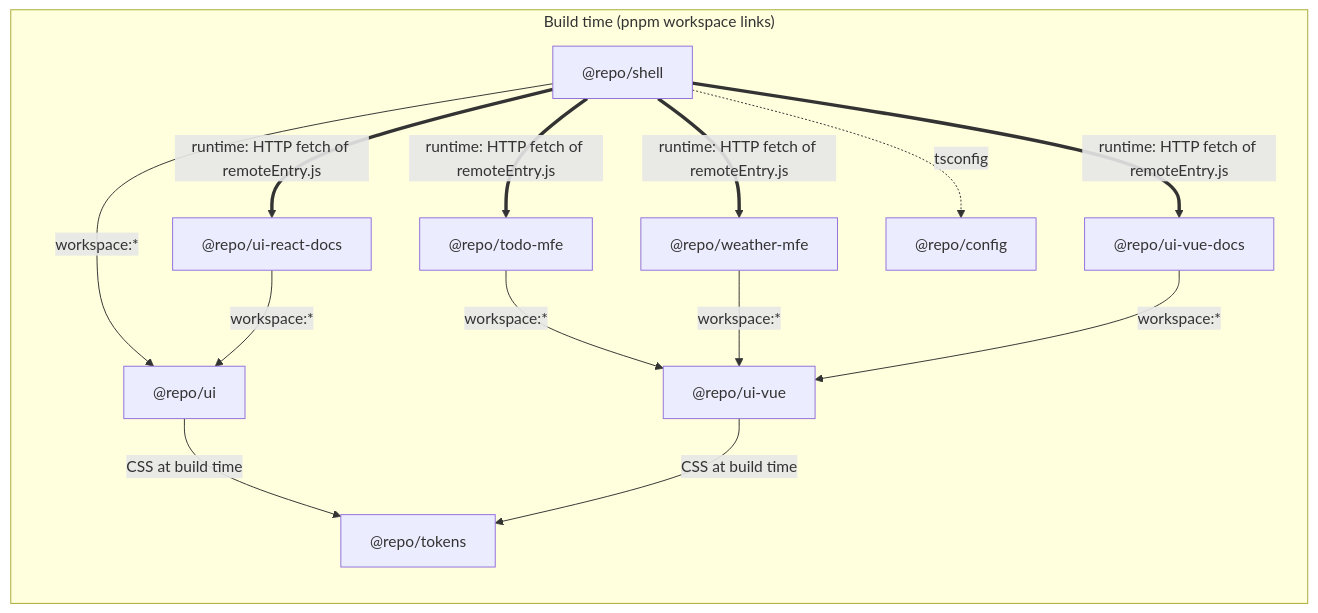
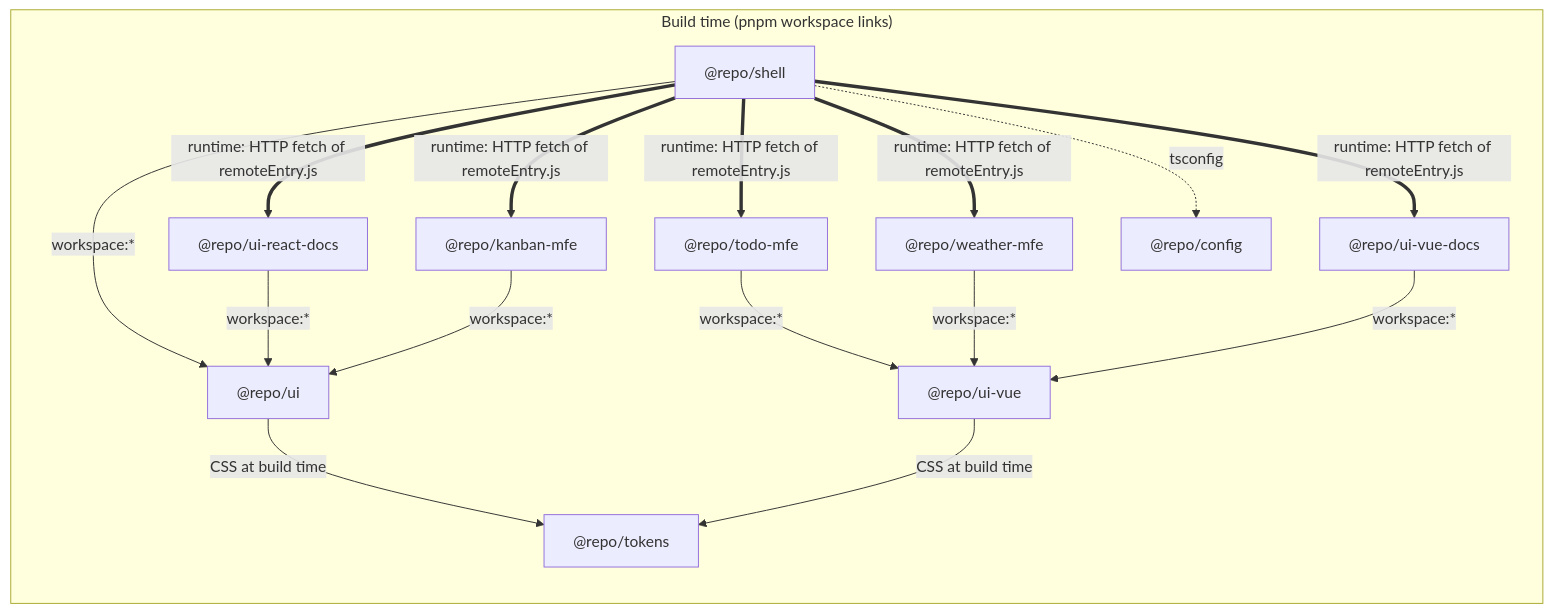
One commit to themis1986/hybrid-mfe-lab changed the first of 2 diagrams in documents/how-it-works.md. Above: the diagram before and after it, drawn with Mermaid. The commit also changed other lines of this file and 5 other files, not shown here.

Commit message:
docs: add the kanban remote and its decision record

````diff
--- a/documents/how-it-works.md
+++ b/documents/how-it-works.md
@@ -37,17 +38,19 @@
 ```mermaid
 graph LR
   subgraph "Build time (pnpm workspace links)"
     shell["@repo/shell"] -- "workspace:*" --> ui["@repo/ui"]
     mfe["@repo/todo-mfe"] -- "workspace:*" --> uivue["@repo/ui-vue"]
     weather["@repo/weather-mfe"] -- "workspace:*" --> uivue
     docs["@repo/ui-vue-docs"] -- "workspace:*" --> uivue
     rdocs["@repo/ui-react-docs"] -- "workspace:*" --> ui
+    kanban["@repo/kanban-mfe"] -- "workspace:*" --> ui
     ui -- "CSS at build time" --> tokens["@repo/tokens"]
     uivue -- "CSS at build time" --> tokens
     shell -. tsconfig .-> config["@repo/config"]
   end
   shell == "runtime: HTTP fetch of remoteEntry.js" ==> mfe
   shell == "runtime: HTTP fetch of remoteEntry.js" ==> weather
   shell == "runtime: HTTP fetch of remoteEntry.js" ==> docs
   shell == "runtime: HTTP fetch of remoteEntry.js" ==> rdocs
+  shell == "runtime: HTTP fetch of remoteEntry.js" ==> kanban
 ```
````
